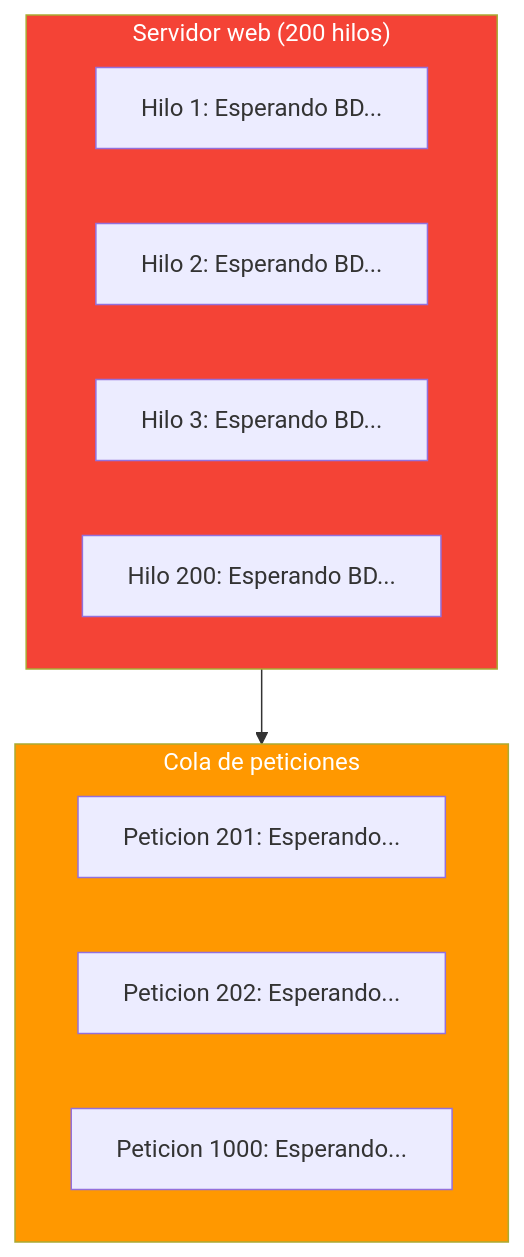
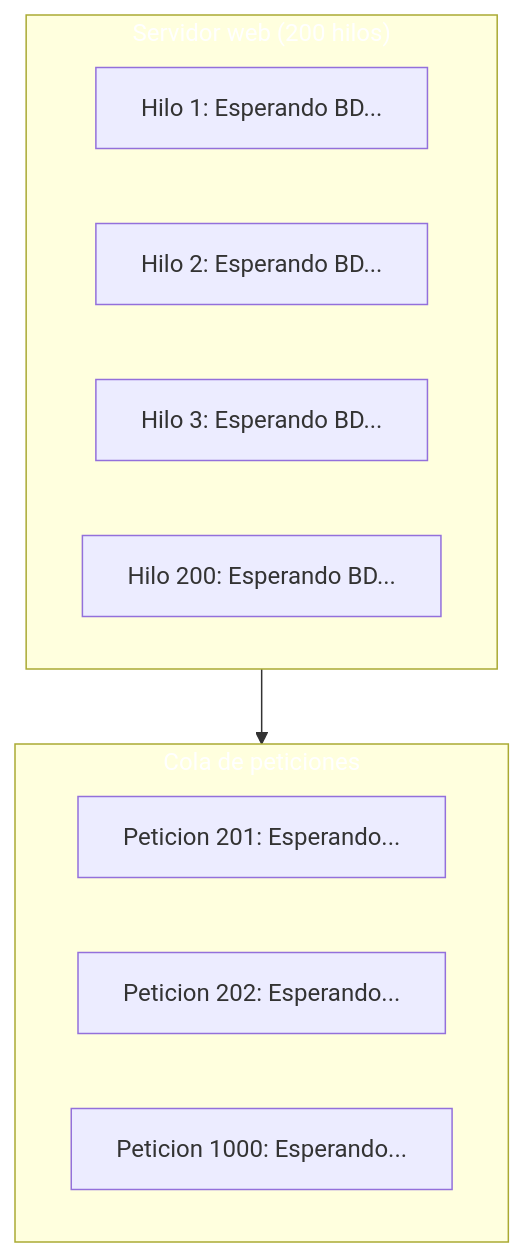
Before and after one commit to joseluisgs/DesarrolloWebEntornosServidor-01-2026-2027: the fifth of 21 diagrams in 16-concurrencia-asincronia.md, drawn with Mermaid. The commit also changed other lines of this file and 66 other files, not shown here.

First line of the commit message:
fix: normalizar titulos al castellano de frase y corregir la paleta de mermaid

````diff
--- a/16-concurrencia-asincronia.md
+++ b/16-concurrencia-asincronia.md
@@ -288,20 +288,20 @@
 ```mermaid
 graph TD
     subgraph SERVIDOR["Servidor web (200 hilos)"]
         H1["Hilo 1: Esperando BD..."]
         H2["Hilo 2: Esperando BD..."]
         H3["Hilo 3: Esperando BD..."]
         HN["Hilo 200: Esperando BD..."]
     end
     
     subgraph COLA["Cola de peticiones"]
         P1["Peticion 201: Esperando..."]
         P2["Peticion 202: Esperando..."]
         PN["Peticion 1000: Esperando..."]
     end
     
     SERVIDOR --> COLA
     
-    style SERVIDOR fill:#f44336,color:#fff
-    style COLA fill:#FF9800,color:#fff
+    style SERVIDOR fill:#f4433,color:#fff6,color:#fff
+    style COLA fill:#FF980,color:#fff0,color:#fff
 ```
````
